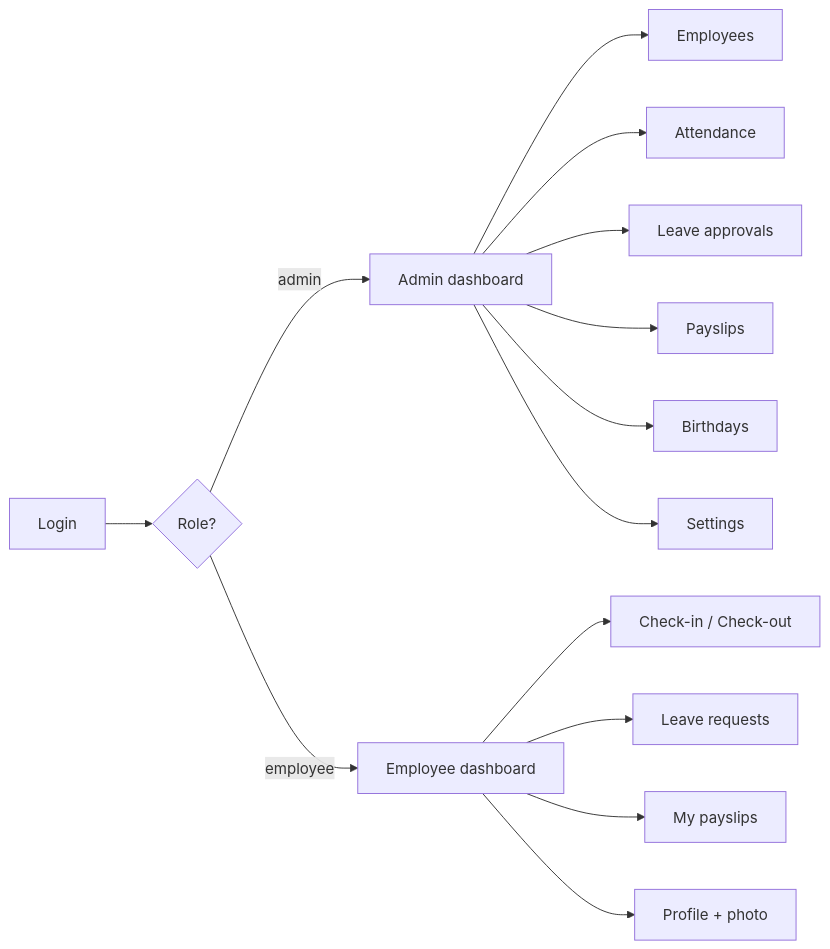
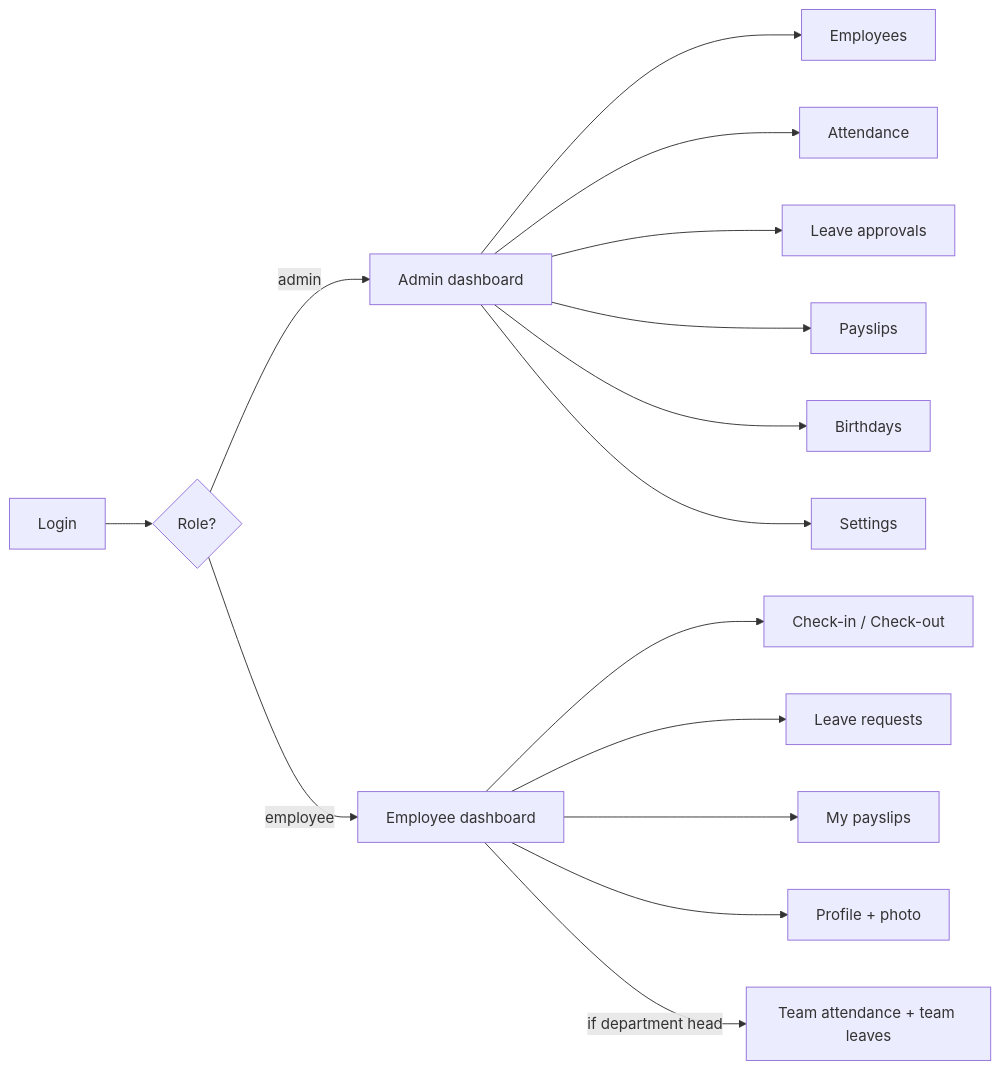
One commit to yellaride/HR-Management-System changed the second of 4 diagrams in README.md. Above: the diagram before and after it, drawn with Mermaid. The commit also changed other lines of this file and 34 other files, not shown here.

````diff
--- a/README.md
+++ b/README.md
@@ -60,18 +62,20 @@
 ```mermaid
 flowchart LR
   L[Login] --> R{Role?}
   R -->|admin| AD[Admin dashboard]
   R -->|employee| ED[Employee dashboard]
 
   AD --> EM[Employees]
   AD --> AT[Attendance]
   AD --> LV[Leave approvals]
   AD --> PS[Payslips]
   AD --> BD[Birthdays]
   AD --> ST[Settings]
 
   ED --> CI[Check-in / Check-out]
   ED --> LR[Leave requests]
   ED --> MY[My payslips]
   ED --> PF[Profile + photo]
+
+  ED -->|if department head| TH[Team attendance + team leaves]
 ```
````
